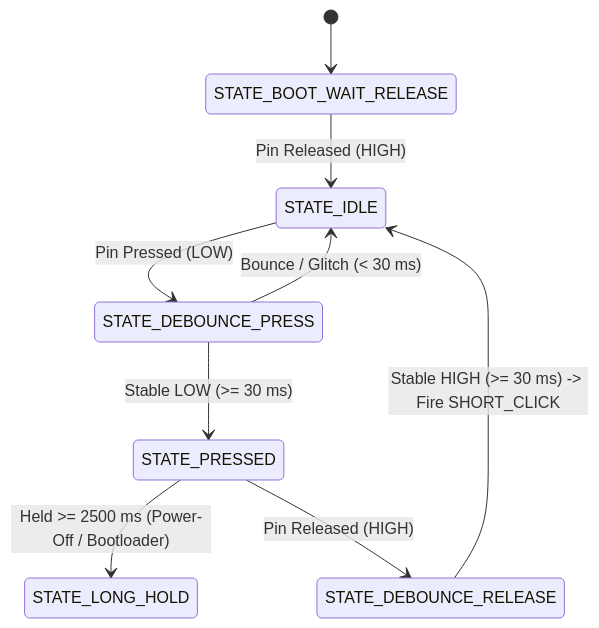
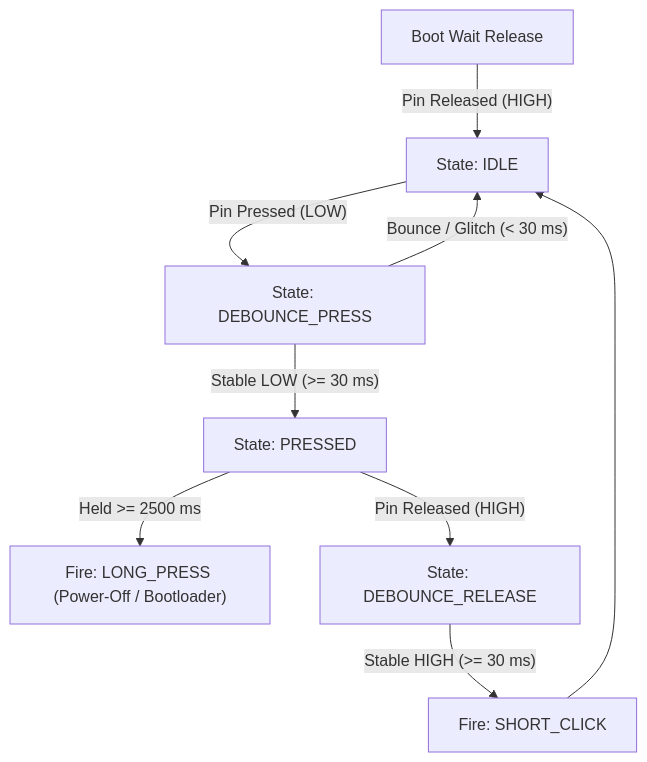
The diagram in docs/drivers/07_io.md (Humidyne-Labs/H1OS), drawn with Mermaid before and after one commit. The commit also changed 12 other files, not shown here.

Commit message:
docs: convert all Mermaid diagrams to canonical GitHub graph TD/LR syntax

````diff
--- a/docs/drivers/07_io.md
+++ b/docs/drivers/07_io.md
@@ -29,11 +29,11 @@
 ```mermaid
-stateDiagram-v2
-    [*] --> STATE_BOOT_WAIT_RELEASE
-    STATE_BOOT_WAIT_RELEASE --> STATE_IDLE: Pin Released (HIGH)
-    STATE_IDLE --> STATE_DEBOUNCE_PRESS: Pin Pressed (LOW)
-    STATE_DEBOUNCE_PRESS --> STATE_IDLE: Bounce / Glitch (< 30 ms)
-    STATE_DEBOUNCE_PRESS --> STATE_PRESSED: Stable LOW (>= 30 ms)
-    STATE_PRESSED --> STATE_LONG_HOLD: Held >= 2500 ms (Power-Off / Bootloader)
-    STATE_PRESSED --> STATE_DEBOUNCE_RELEASE: Pin Released (HIGH)
-    STATE_DEBOUNCE_RELEASE --> STATE_IDLE: Stable HIGH (>= 30 ms) -> Fire SHORT_CLICK
+graph TD;
+    Start["Boot Wait Release"] -- "Pin Released (HIGH)" --> Idle["State: IDLE"];
+    Idle -- "Pin Pressed (LOW)" --> DebouncePress["State: DEBOUNCE_PRESS"];
+    DebouncePress -- "Bounce / Glitch (< 30 ms)" --> Idle;
+    DebouncePress -- "Stable LOW (>= 30 ms)" --> Pressed["State: PRESSED"];
+    Pressed -- "Held >= 2500 ms" --> LongHold["Fire: LONG_PRESS (Power-Off / Bootloader)"];
+    Pressed -- "Pin Released (HIGH)" --> DebounceRelease["State: DEBOUNCE_RELEASE"];
+    DebounceRelease -- "Stable HIGH (>= 30 ms)" --> ShortClick["Fire: SHORT_CLICK"];
+    ShortClick --> Idle;
 ```
````
